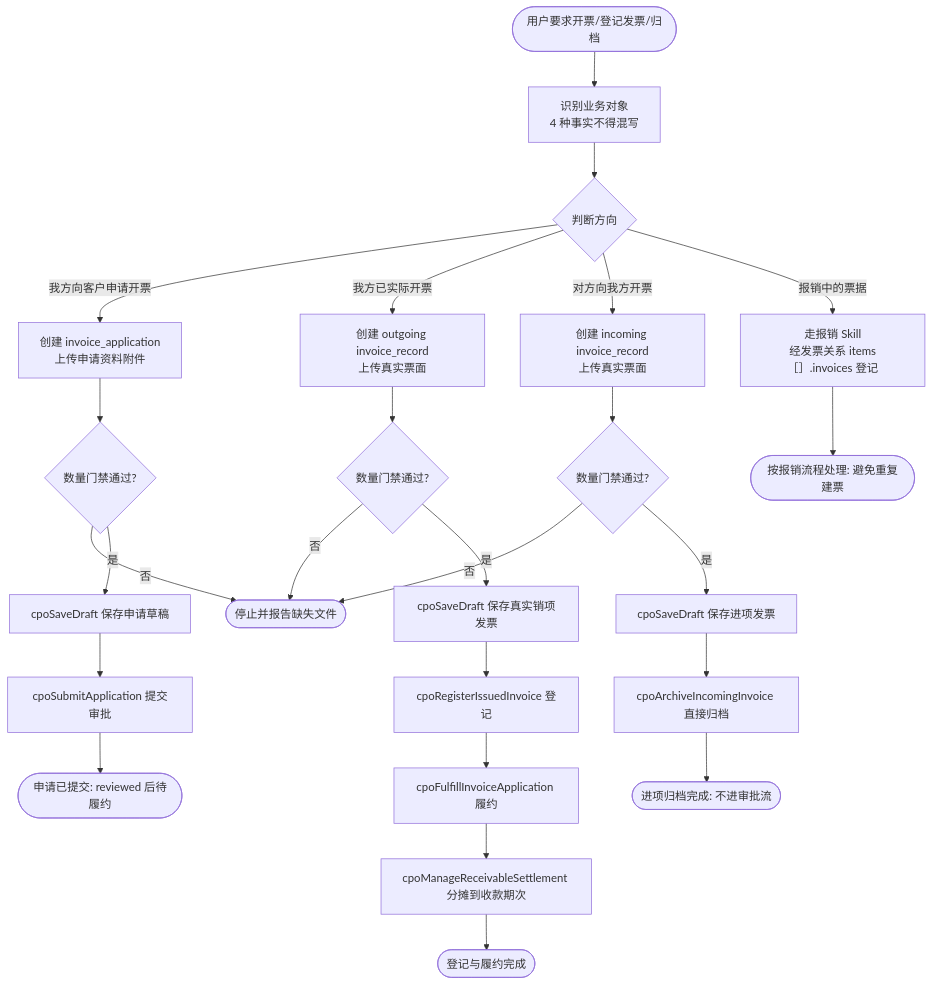
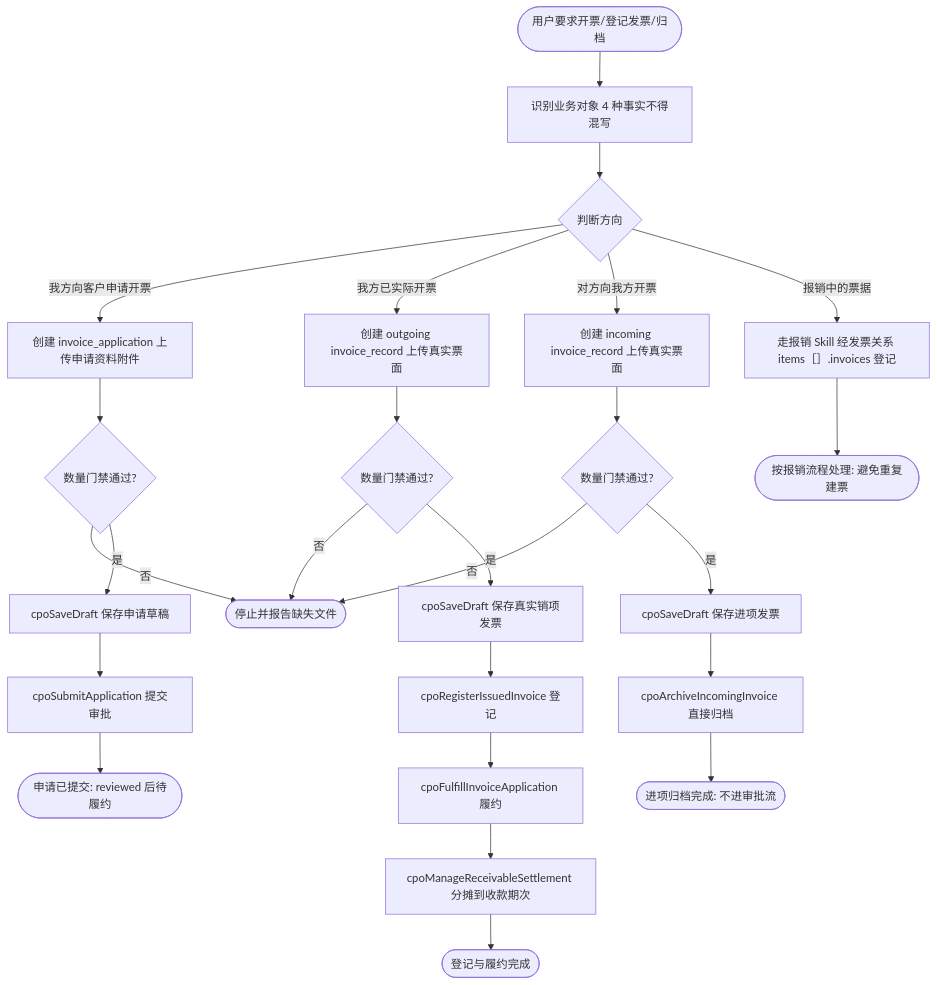
The diagram in .agents/skills/cpo-invoice-application/SKILL.md (lovrabet/ei-demo), drawn with Mermaid before and after one commit. The commit also changed 8 other files, not shown here.

Commit message:
feat: 侧边栏菜单移除飞书消息通知；skill 流程图去掉平台不支持的 br 换行标签

````diff
--- a/.agents/skills/cpo-invoice-application/SKILL.md
+++ b/.agents/skills/cpo-invoice-application/SKILL.md
@@ -14,27 +14,27 @@
 ```mermaid
 flowchart TD
-  Start([用户要求开票/登记发票/归档]) --> ID1[识别业务对象<br/>4 种事实不得混写]
+  Start([用户要求开票/登记发票/归档]) --> ID1[识别业务对象 4 种事实不得混写]
   ID1 --> ID2{判断方向}
-  ID2 -- 我方向客户申请开票 --> A1[创建 invoice_application<br/>上传申请资料附件]
-  ID2 -- 我方已实际开票 --> B1[创建 outgoing invoice_record<br/>上传真实票面]
-  ID2 -- 对方向我方开票 --> C1[创建 incoming invoice_record<br/>上传真实票面]
-  ID2 -- 报销中的票据 --> D1[走报销 Skill<br/>经发票关系 items［］.invoices 登记]
+  ID2 -- 我方向客户申请开票 --> A1[创建 invoice_application 上传申请资料附件]
+  ID2 -- 我方已实际开票 --> B1[创建 outgoing invoice_record 上传真实票面]
+  ID2 -- 对方向我方开票 --> C1[创建 incoming invoice_record 上传真实票面]
+  ID2 -- 报销中的票据 --> D1[走报销 Skill 经发票关系 items［］.invoices 登记]
   A1 --> G1{数量门禁通过?}
   G1 -- 否 --> Stop([停止并报告缺失文件])
   G1 -- 是 --> A2[cpoSaveDraft 保存申请草稿]
   A2 --> A3[cpoSubmitApplication 提交审批]
   A3 --> A4([申请已提交: reviewed 后待履约])
   B1 --> G2{数量门禁通过?}
   G2 -- 否 --> Stop
   G2 -- 是 --> B2[cpoSaveDraft 保存真实销项发票]
   B2 --> B3[cpoRegisterIssuedInvoice 登记]
   B3 --> B4[cpoFulfillInvoiceApplication 履约]
   B4 --> B5[cpoManageReceivableSettlement 分摊到收款期次]
   B5 --> B6([登记与履约完成])
   C1 --> G3{数量门禁通过?}
   G3 -- 否 --> Stop
   G3 -- 是 --> C2[cpoSaveDraft 保存进项发票]
   C2 --> C3[cpoArchiveIncomingInvoice 直接归档]
   C3 --> C4([进项归档完成: 不进审批流])
   D1 --> D2([按报销流程处理: 避免重复建票])
 ```
````
